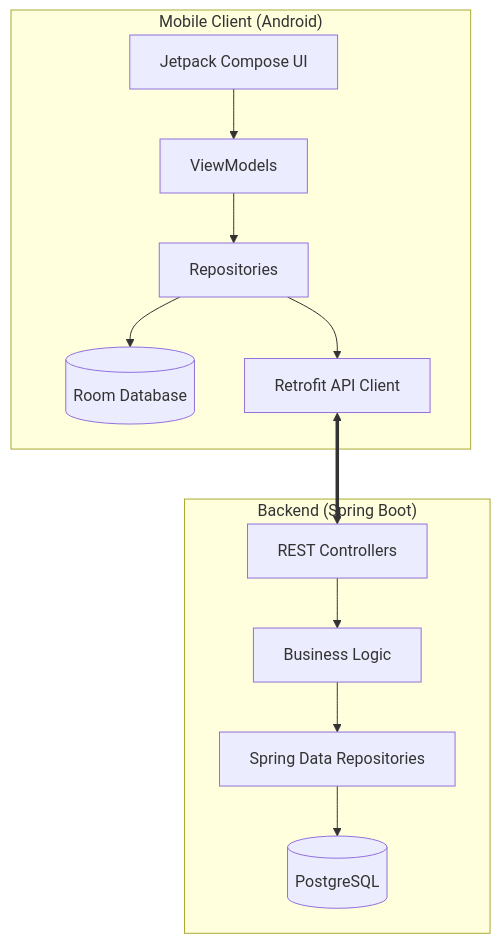
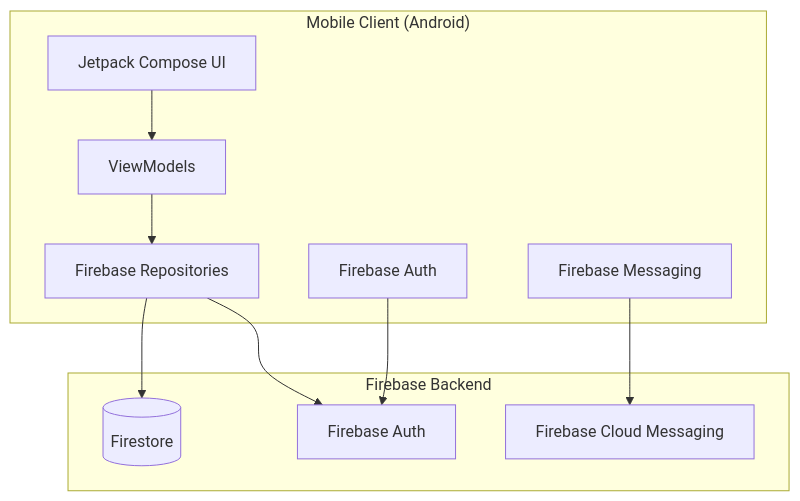
Before and after one commit to kunal-gangani/Knows-It-All: the first of 2 diagrams in README.md, drawn with Mermaid. The commit also changed other lines of this file and 6 other files, not shown here.

````diff
--- a/README.md
+++ b/README.md
@@ -98,26 +187,23 @@
 ```mermaid
 graph TD
     subgraph "Mobile Client (Android)"
         UI[Jetpack Compose UI]
         VM[ViewModels]
-        Repo[Repositories]
-        LocalDB[(Room Database)]
-        Retrofit[Retrofit API Client]
+        Repo[Firebase Repositories]
+        Auth[Firebase Auth]
+        FCM[Firebase Messaging]
     end
 
-    subgraph "Backend (Spring Boot)"
-        API[REST Controllers]
-        Service[Business Logic]
-        DBRepo[Spring Data Repositories]
-        PostgreSQL[(PostgreSQL)]
+    subgraph "Firebase Backend"
+        FS[(Firestore)]
+        FA[Firebase Auth]
+        FFCM[Firebase Cloud Messaging]
     end
 
     UI --> VM
     VM --> Repo
-    Repo --> LocalDB
-    Repo --> Retrofit
-    Retrofit <==> API
-    API --> Service
-    Service --> DBRepo
-    DBRepo --> PostgreSQL
+    Repo --> FS
+    Repo --> FA
+    FCM --> FFCM
+    Auth --> FA
 ```
````
